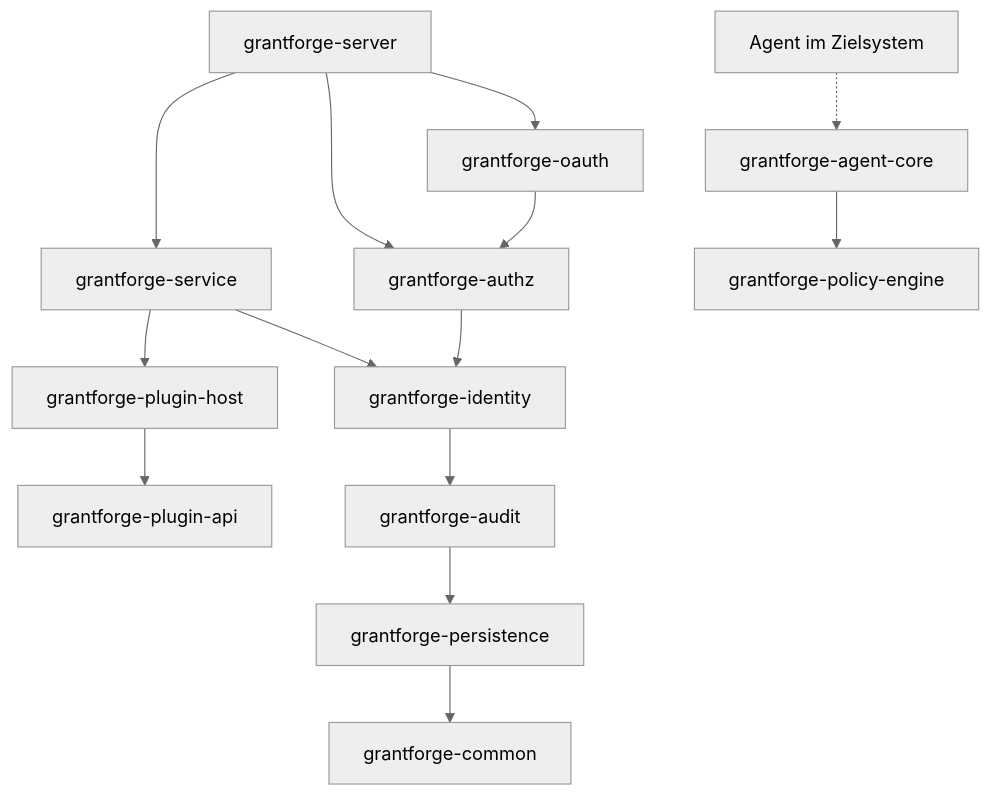
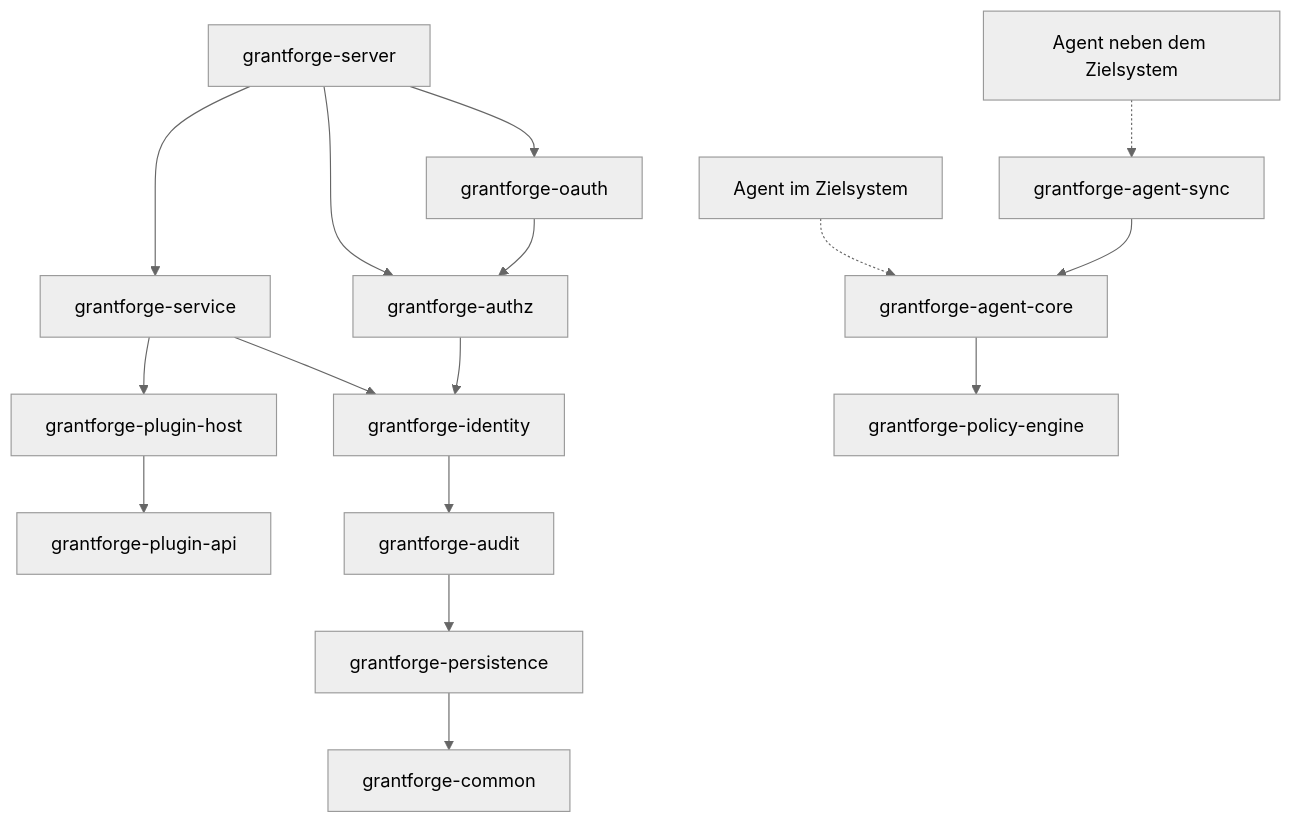
One commit to devlive-community/grantforge changed the first of 2 diagrams in docs/content/de/architecture/overview.md. Above: the diagram before and after it, drawn with Mermaid (neutral theme). The commit also changed other lines of this file and 21 other files, not shown here.

First line of the commit message:
docs(agent-sync): document the shared core of agents beside a system

````diff
--- a/docs/content/de/architecture/overview.md
+++ b/docs/content/de/architecture/overview.md
@@ -18,16 +18,18 @@
 ```mermaid
 flowchart TB
   server[grantforge-server] --> oauth[grantforge-oauth]
   server --> service[grantforge-service]
   server --> authz[grantforge-authz]
   oauth --> authz
   service --> host[grantforge-plugin-host]
   service --> identity
   host --> api[grantforge-plugin-api]
   authz --> identity[grantforge-identity]
   identity --> audit[grantforge-audit]
   audit --> persistence[grantforge-persistence]
   persistence --> common[grantforge-common]
   agent[Agent im Zielsystem] -.-> agentcore[grantforge-agent-core]
+  syncagent[Agent neben dem Zielsystem] -.-> agentsync[grantforge-agent-sync]
+  agentsync --> agentcore
   agentcore --> engine[grantforge-policy-engine]
 ```
````
